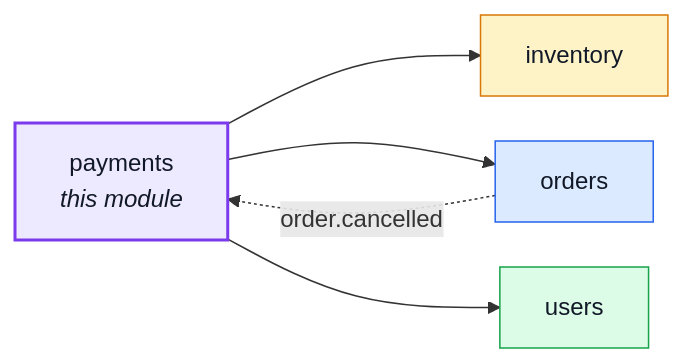
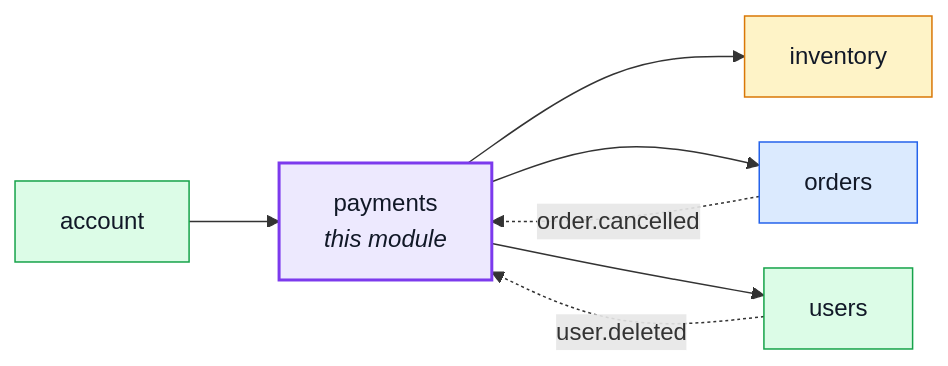
Before and after one commit to Guebbit/boilerplate-node-backend: the first of 2 diagrams in docs/modules/payments.md, drawn with Mermaid. The commit also changed 69 other files, not shown here.

````diff
--- a/docs/modules/payments.md
+++ b/docs/modules/payments.md
@@ -16,22 +16,25 @@
 ```mermaid
 %%{init: {'flowchart': {'nodeSpacing': 30, 'rankSpacing': 60}}}%%
 flowchart LR
     payments["payments<br/><i>this module</i>"]
+    account["account"]
     inventory["inventory"]
     orders["orders"]
     users["users"]
 
+    account --> payments
     payments --> inventory
     payments --> orders
     payments --> users
     orders -. "order.cancelled" .-> payments
+    users -. "user.deleted" .-> payments
 
     classDef core fill:#dbeafe,stroke:#2563eb,color:#111827;
     classDef supporting fill:#fef3c7,stroke:#d97706,color:#111827;
     classDef generic fill:#dcfce7,stroke:#16a34a,color:#111827;
     classDef centre fill:#ede9fe,stroke:#7c3aed,stroke-width:2px,color:#111827;
     class orders core;
     class inventory supporting;
-    class users generic;
+    class account,users generic;
     class payments centre;
 ```
````
